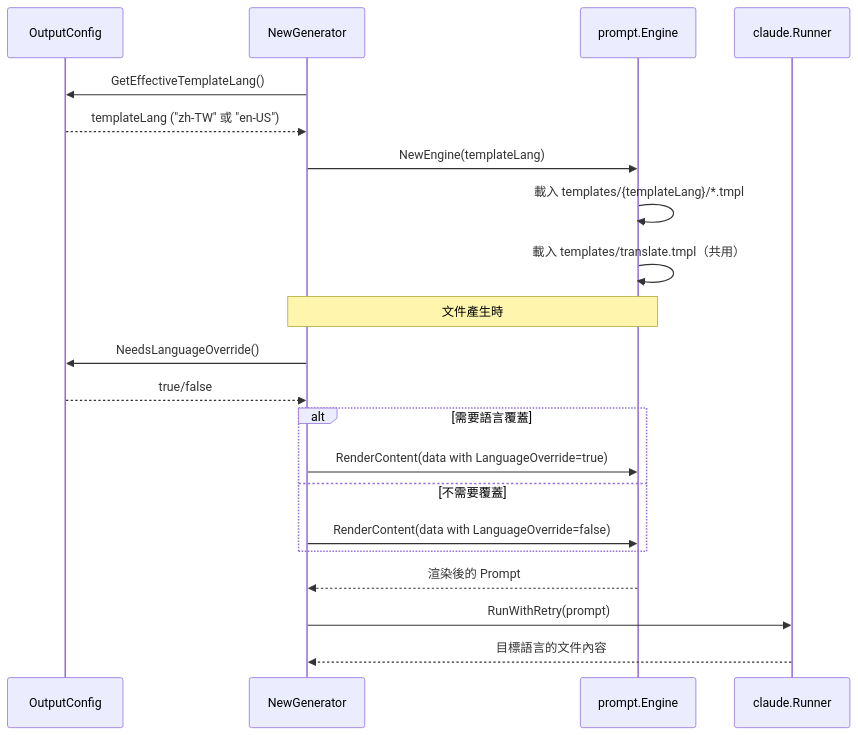
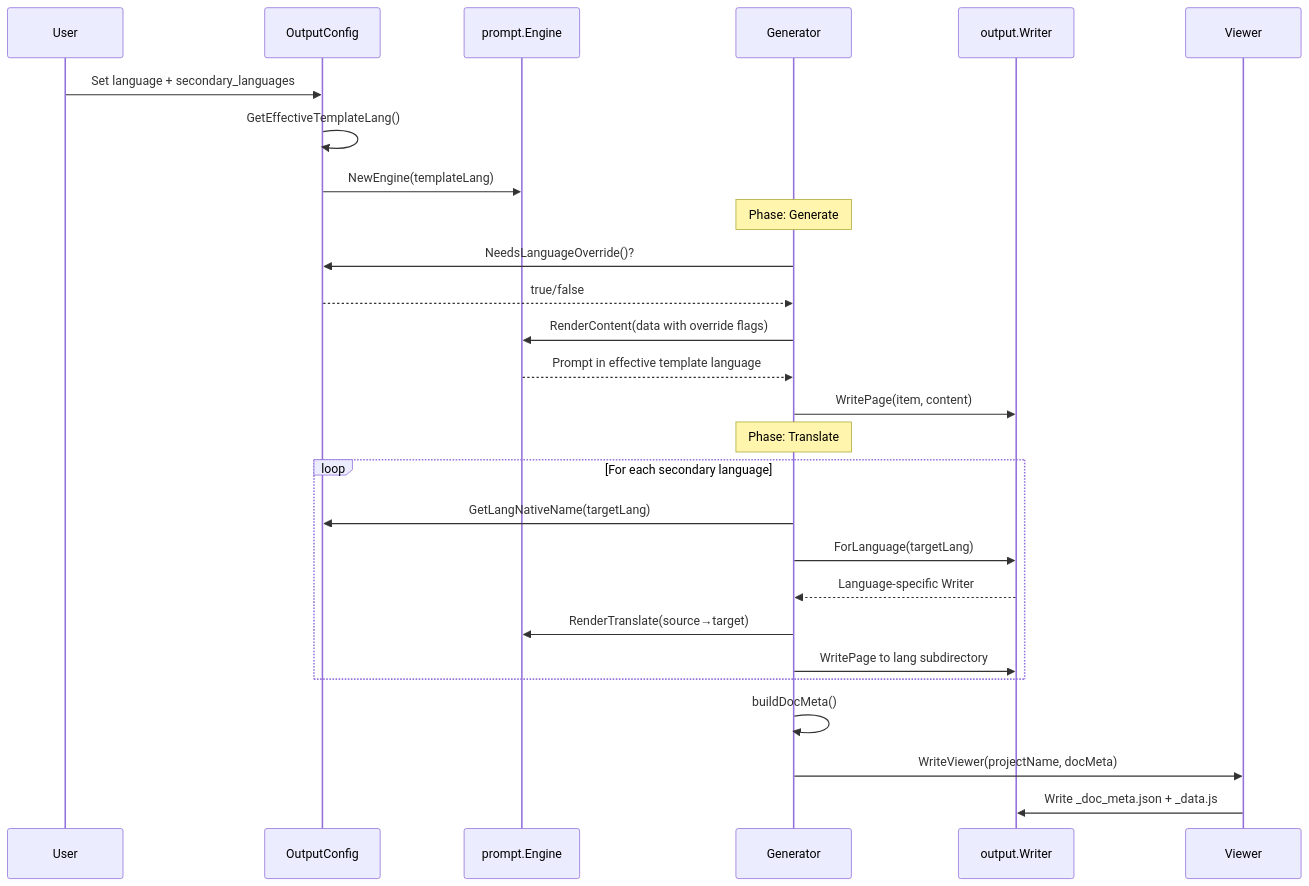
One commit to monkenWu/selfmd-claude-code changed the third of 3 diagrams in docs/i18n/supported-languages/index.md. Above: the diagram before and after it, drawn with Mermaid. The commit also changed other lines of this file and 145 other files, not shown here.

````diff
--- a/docs/i18n/supported-languages/index.md
+++ b/docs/i18n/supported-languages/index.md
@@ -212,26 +312,33 @@
 ```mermaid
 sequenceDiagram
-    participant CFG as OutputConfig
-    participant GEN as NewGenerator
-    participant ENG as prompt.Engine
-    participant RUNNER as claude.Runner
+    participant User
+    participant Config as OutputConfig
+    participant Engine as prompt.Engine
+    participant Generator
+    participant Writer as output.Writer
+    participant Viewer
 
-    GEN->>CFG: GetEffectiveTemplateLang()
-    CFG-->>GEN: templateLang ("zh-TW" 或 "en-US")
-    GEN->>ENG: NewEngine(templateLang)
-    ENG->>ENG: 載入 templates/{templateLang}/*.tmpl
-    ENG->>ENG: 載入 templates/translate.tmpl（共用）
+    User->>Config: Set language + secondary_languages
+    Config->>Config: GetEffectiveTemplateLang()
+    Config->>Engine: NewEngine(templateLang)
+    
+    Note over Generator: Phase: Generate
+    Generator->>Config: NeedsLanguageOverride()?
+    Config-->>Generator: true/false
+    Generator->>Engine: RenderContent(data with override flags)
+    Engine-->>Generator: Prompt in effective template language
+    Generator->>Writer: WritePage(item, content)
 
-    Note over GEN,ENG: 文件產生時
+    Note over Generator: Phase: Translate
+    loop For each secondary language
+        Generator->>Config: GetLangNativeName(targetLang)
+        Generator->>Writer: ForLanguage(targetLang)
+        Writer-->>Generator: Language-specific Writer
+        Generator->>Engine: RenderTranslate(source→target)
+        Generator->>Writer: WritePage to lang subdirectory
+    end
 
-    GEN->>CFG: NeedsLanguageOverride()
-    CFG-->>GEN: true/false
-    alt 需要語言覆蓋
-        GEN->>ENG: RenderContent(data with LanguageOverride=true)
-    else 不需要覆蓋
-        GEN->>ENG: RenderContent(data with LanguageOverride=false)
-    end
-    ENG-->>GEN: 渲染後的 Prompt
-    GEN->>RUNNER: RunWithRetry(prompt)
-    RUNNER-->>GEN: 目標語言的文件內容
+    Generator->>Generator: buildDocMeta()
+    Generator->>Viewer: WriteViewer(projectName, docMeta)
+    Viewer->>Writer: Write _doc_meta.json + _data.js
 ```
````
